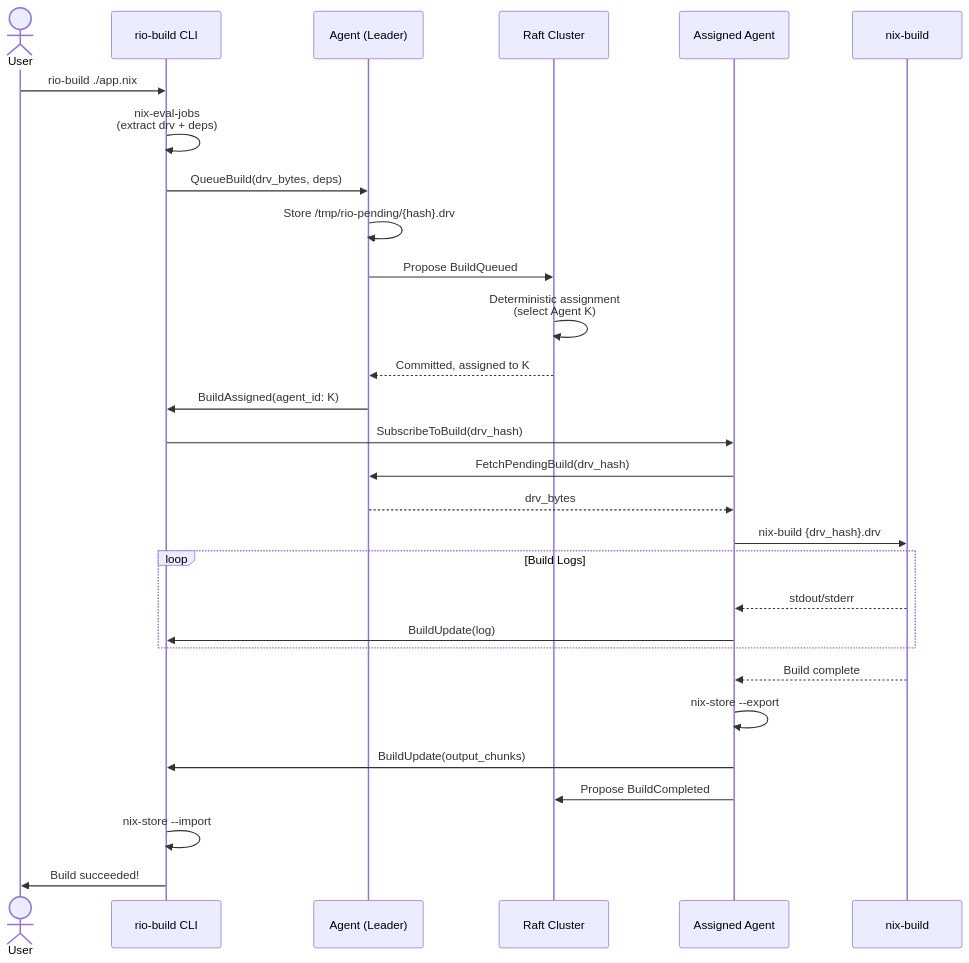
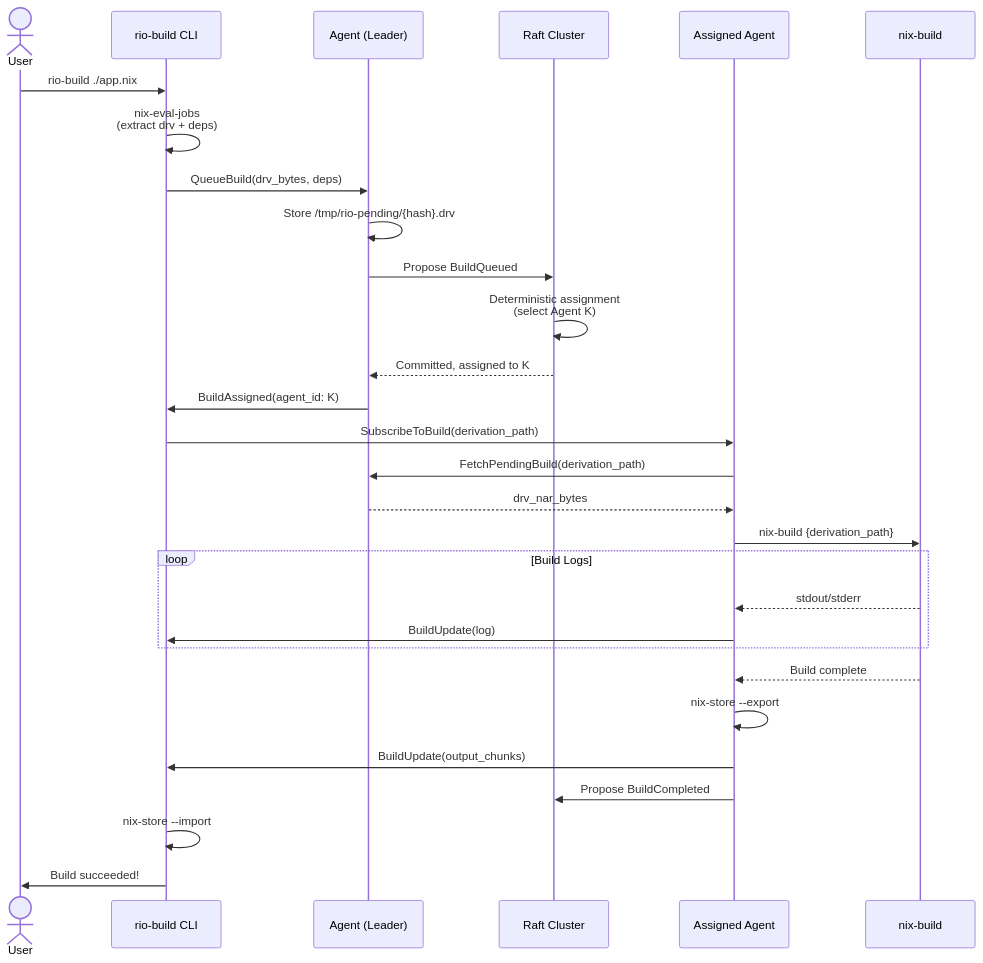
Before and after one commit to Mic92/rio-build: the second of 5 diagrams in DESIGN.md, drawn with Mermaid. The commit also changed other lines of this file, not shown here.

````diff
--- a/DESIGN.md
+++ b/DESIGN.md
@@ -220,38 +220,38 @@
 ```mermaid
 sequenceDiagram
     actor User
     participant CLI as rio-build CLI
     participant Leader as Agent (Leader)
     participant Raft as Raft Cluster
     participant Agent as Assigned Agent
     participant Nix as nix-build
 
     User->>CLI: rio-build ./app.nix
     CLI->>CLI: nix-eval-jobs<br/>(extract drv + deps)
 
     CLI->>Leader: QueueBuild(drv_bytes, deps)
     Leader->>Leader: Store /tmp/rio-pending/{hash}.drv
     Leader->>Raft: Propose BuildQueued
     Raft->>Raft: Deterministic assignment<br/>(select Agent K)
     Raft-->>Leader: Committed, assigned to K
     Leader->>CLI: BuildAssigned(agent_id: K)
 
-    CLI->>Agent: SubscribeToBuild(drv_hash)
+    CLI->>Agent: SubscribeToBuild(derivation_path)
 
-    Agent->>Leader: FetchPendingBuild(drv_hash)
-    Leader-->>Agent: drv_bytes
+    Agent->>Leader: FetchPendingBuild(derivation_path)
+    Leader-->>Agent: drv_nar_bytes
 
-    Agent->>Nix: nix-build {drv_hash}.drv
+    Agent->>Nix: nix-build {derivation_path}
     loop Build Logs
         Nix-->>Agent: stdout/stderr
         Agent->>CLI: BuildUpdate(log)
     end
 
     Nix-->>Agent: Build complete
     Agent->>Agent: nix-store --export
     Agent->>CLI: BuildUpdate(output_chunks)
     Agent->>Raft: Propose BuildCompleted
 
     CLI->>CLI: nix-store --import
     CLI->>User: Build succeeded!
 ```
````
